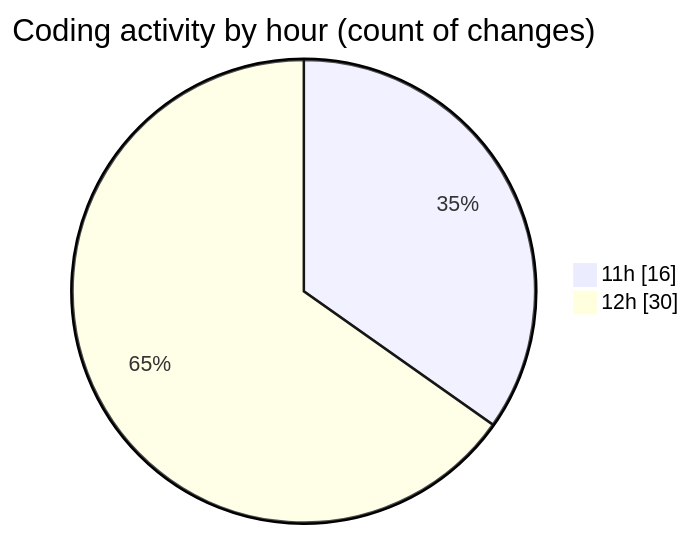
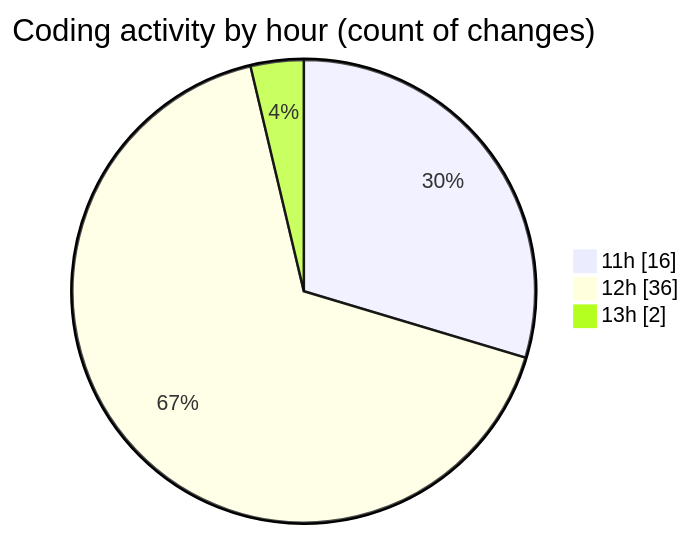
The second of 2 diagrams in 2025-04-26/product-page/README.md (Elitesun/code-tracking), drawn with Mermaid before and after one commit. The commit also changed other lines of this file and 1 other file, not shown here.

````diff
--- a/2025-04-26/product-page/README.md
+++ b/2025-04-26/product-page/README.md
@@ -44,6 +44,7 @@
 ```mermaid
 pie showData
 title Coding activity by hour (count of changes)
 "11h" : 16
-"12h" : 30
+"12h" : 36
+"13h" : 2
 ```
````
